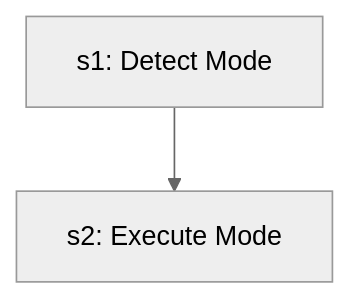
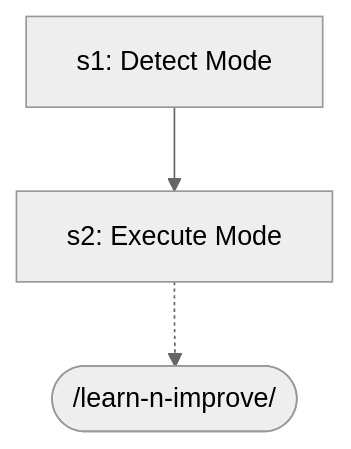
Diagram 19 of 20 in docs/workflows/learning-self-improvement.md (abhayla/claude-best-practices), drawn with Mermaid (neutral theme) before and after one commit. The commit also changed other lines of this file and 12 other files, not shown here.

````diff
--- a/docs/workflows/learning-self-improvement.md
+++ b/docs/workflows/learning-self-improvement.md
@@ -785,6 +773,8 @@
 ```mermaid
 graph TD
     s1["s1: Detect Mode"]
     s2["s2: Execute Mode"]
     s1 --> s2
+    learn_n_improve_ext([/learn-n-improve/])
+    s2 -.-> learn_n_improve_ext
 ```
````
